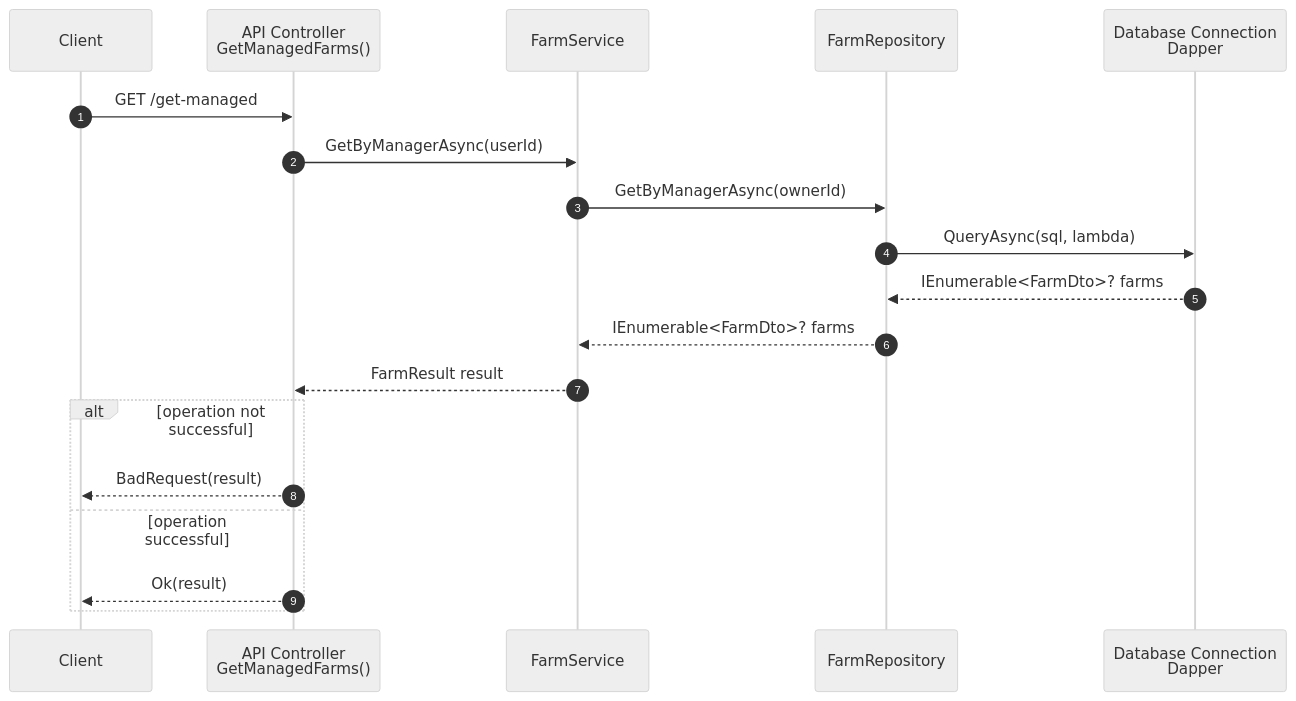
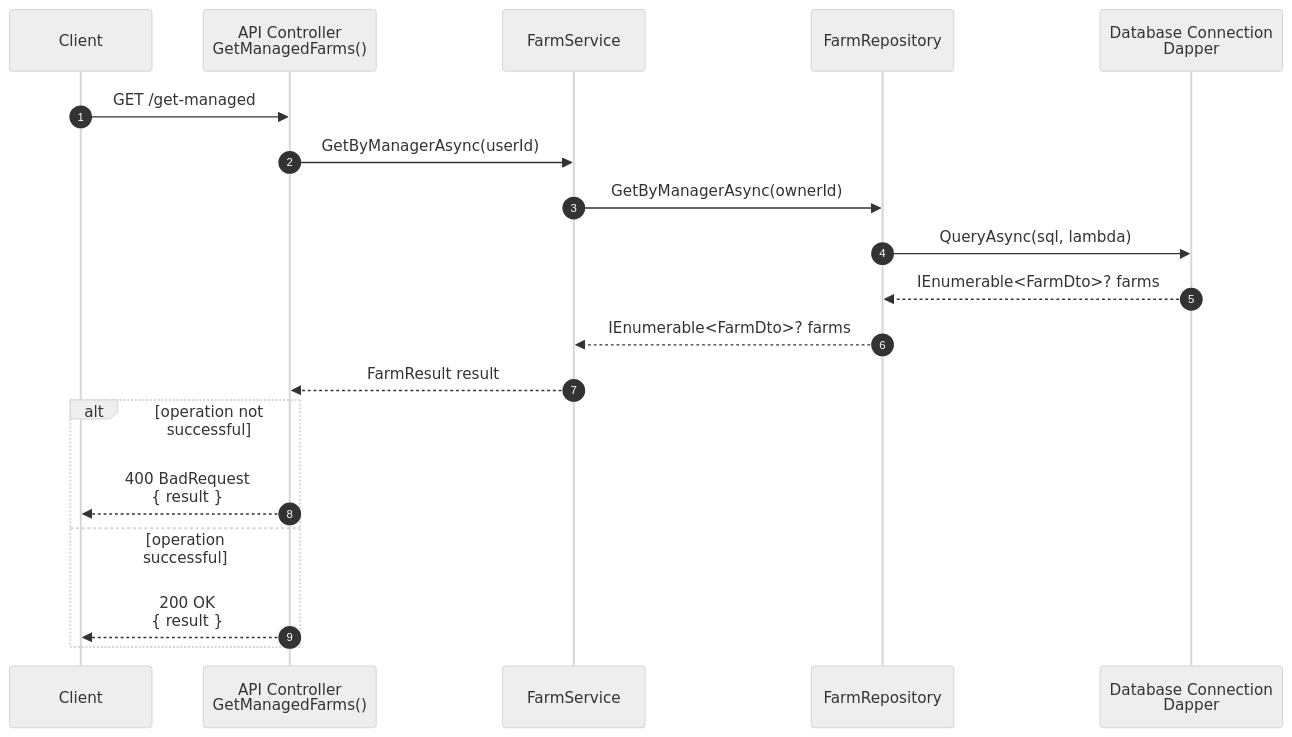
One commit to paavkar/AgricultureApp changed the sixth of 9 diagrams in README.md. Above: the diagram before and after it, drawn with Mermaid (neutral theme). The commit also changed other lines of this file, not shown here.

Commit message:
update README with more detailed diagram API->Client returns

````diff
--- a/README.md
+++ b/README.md
@@ -232,23 +232,23 @@
 ```mermaid
 sequenceDiagram
     autonumber
 
     participant U as Client
     participant API as API Controller<br/>GetManagedFarms()
     participant FS as FarmService
     participant FR as FarmRepository
     participant Dapper as Database Connection<br/>Dapper
 
     U->>API: GET /get-managed
     API->>FS: GetByManagerAsync(userId)
     FS->>FR: GetByManagerAsync(ownerId)
     FR->>Dapper: QueryAsync(sql, lambda)
     Dapper-->>FR: IEnumerable<FarmDto>? farms
     FR-->>FS: IEnumerable<FarmDto>? farms
     FS-->>API: FarmResult result
     alt operation not successful
-      API-->>U: BadRequest(result)
+      API-->>U: 400 BadRequest<br/> { result }
     else operation successful
-      API-->>U: Ok(result)
+      API-->>U: 200 OK<br/> { result }
     end
 ```
````
